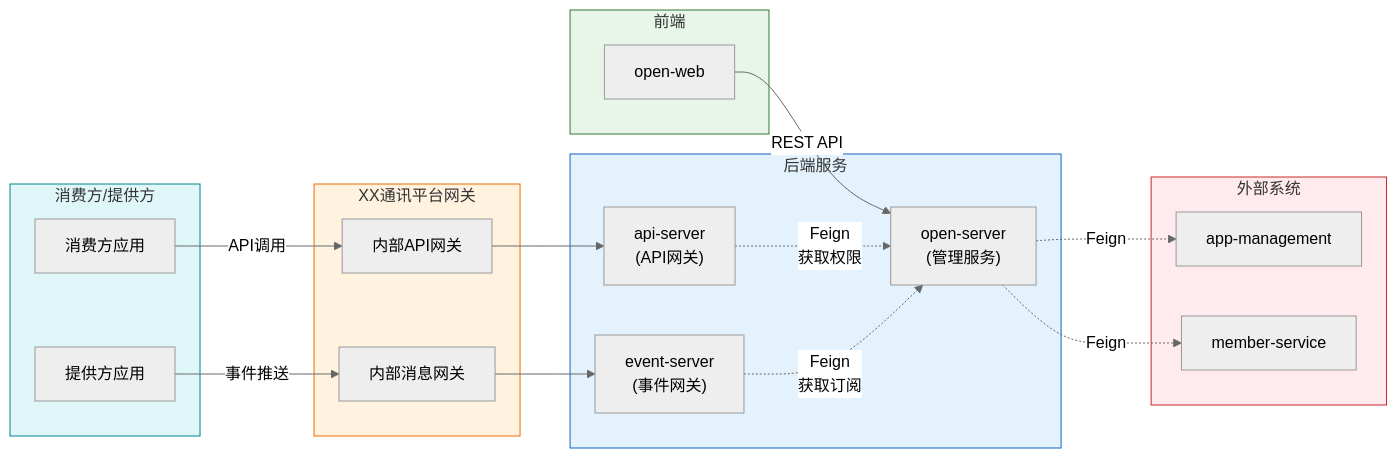
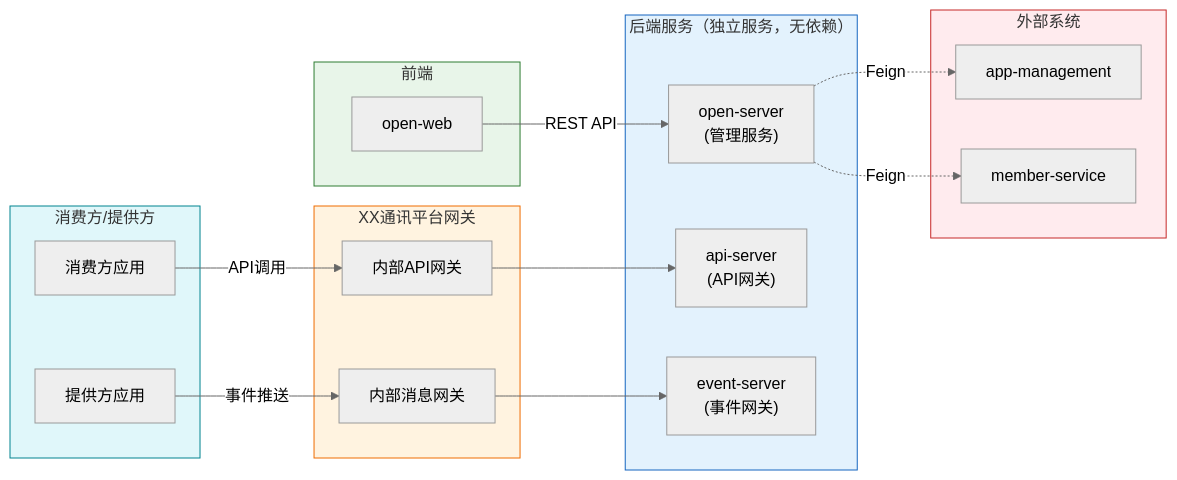
Before and after one commit to THZSummer/open-app: the seventh of 8 diagrams in .sddu/specs-tree-root/specs-tree-capability-open-platform/plan.md, drawn with Mermaid (neutral theme). The commit also changed other lines of this file, not shown here.

First line of the commit message:
fix(plan): 修正服务依赖关系，api-server/event-server为独立服务

````diff
--- a/.sddu/specs-tree-root/specs-tree-capability-open-platform/plan.md
+++ b/.sddu/specs-tree-root/specs-tree-capability-open-platform/plan.md
@@ -727,50 +713,46 @@
 ```mermaid
 graph LR
     subgraph Frontend["前端"]
         OpenWeb["open-web"]
     end
     
-    subgraph Services["后端服务"]
+    subgraph Services["后端服务（独立服务，无依赖）"]
         OpenServer["open-server\n(管理服务)"]
         ApiServer["api-server\n(API网关)"]
         EventServer["event-server\n(事件网关)"]
     end
     
     subgraph External["外部系统"]
         AppMgmt["app-management"]
         Member["member-service"]
     end
     
     subgraph PlatformGW["XX通讯平台网关"]
         ApiGW["内部API网关"]
         MsgGW["内部消息网关"]
     end
     
     subgraph Consumers["消费方/提供方"]
         Consumer["消费方应用"]
         Provider["提供方应用"]
     end
     
     %% open-web 直接连接 open-server
     OpenWeb -->|REST API| OpenServer
     
-    %% 网关服务调用 open-server 获取权限信息
-    ApiServer -.->|Feign\n获取权限| OpenServer
-    EventServer -.->|Feign\n获取订阅| OpenServer
-    
     %% open-server 调用外部系统
     OpenServer -.->|Feign| AppMgmt
     OpenServer -.->|Feign| Member
     
     %% 消费方/提供方通过平台网关访问网关服务
     Consumer -->|API调用| ApiGW
     ApiGW --> ApiServer
     Provider -->|事件推送| MsgGW
     MsgGW --> EventServer
     
     style Frontend fill:#e8f5e9,stroke:#2e7d32
     style Services fill:#e3f2fd,stroke:#1565c0
     style External fill:#ffebee,stroke:#c62828
     style PlatformGW fill:#fff3e0,stroke:#ef6c00
     style Consumers fill:#e0f7fa,stroke:#00838f
 ```
````
